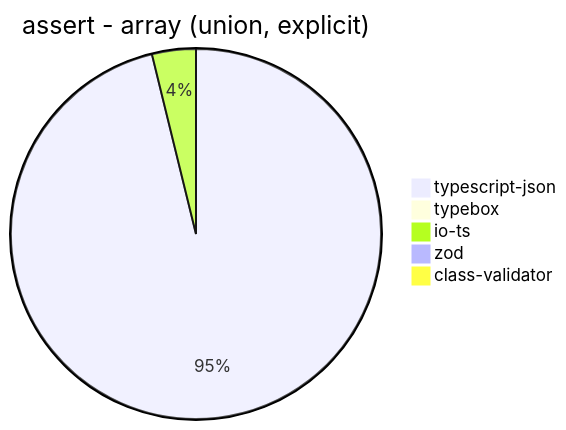
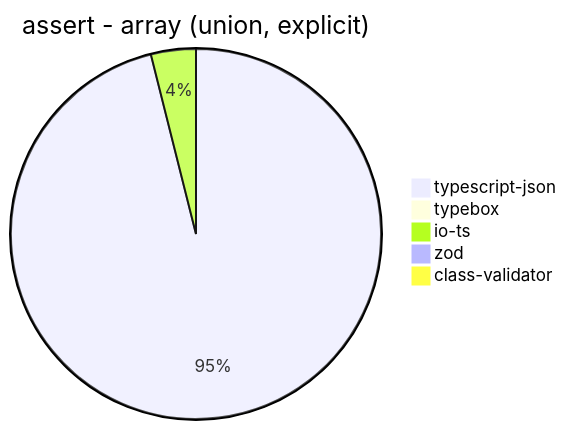
One commit to samchon/typia changed diagram 14 of 39 in benchmark/results/11th Gen Intel(R) Core(TM) i5-1135G7 @ 2.40GHz.md. Above: the diagram before and after it, drawn with Mermaid. The commit also changed other lines of this file and 6 other files, not shown here.

````diff
--- a/benchmark/results/11th Gen Intel(R) Core(TM) i5-1135G7 @ 2.40GHz.md
+++ b/benchmark/results/11th Gen Intel(R) Core(TM) i5-1135G7 @ 2.40GHz.md
@@ -176,8 +176,8 @@
 ```mermaid
 pie title assert - array (union, explicit)
-  "typescript-json": 1926.0885473838273
-  "typebox": 19.651464590285503
-  "io-ts": 76.6961651917404
-  "zod": 2.6163333956269854
-  "class-validator": 7.243684992570579
+  "typescript-json": 1915.793344364773
+  "typebox": 19.801980198019802
+  "io-ts": 78.1981981981982
+  "zod": 2.800074668657831
+  "class-validator": 7.369614512471656
 ```
````
